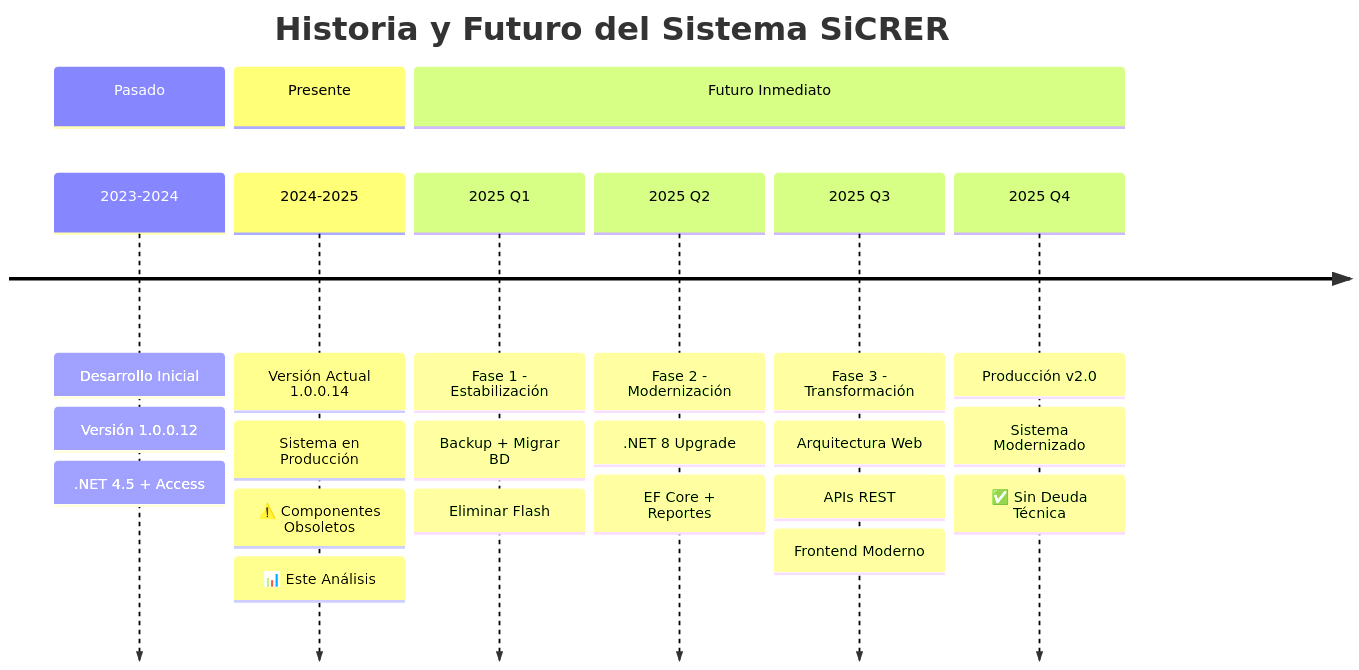
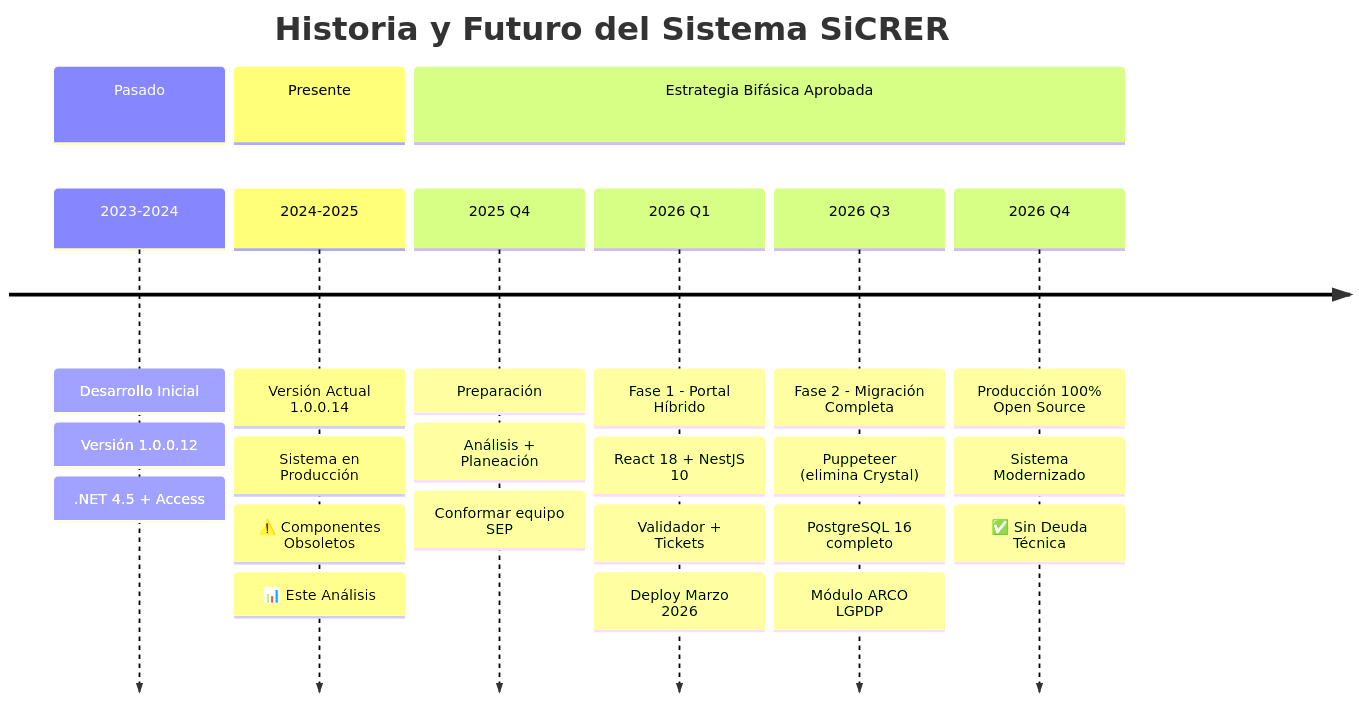
Before and after one commit to dleonsystem/sep_evaluacion_diagnostica: diagram 17 of 19 in DASHBOARD_VISUAL.md, drawn with Mermaid. The commit also changed other lines of this file and 6 other files, not shown here.

````diff
--- a/DASHBOARD_VISUAL.md
+++ b/DASHBOARD_VISUAL.md
@@ -567,33 +567,34 @@
 ```mermaid
 timeline
     title Historia y Futuro del Sistema SiCRER
     
     section Pasado
         2023-2024 : Desarrollo Inicial
                   : Versión 1.0.0.12
                   : .NET 4.5 + Access
     
     section Presente
         2024-2025 : Versión Actual 1.0.0.14
                   : Sistema en Producción
                   : ⚠️ Componentes Obsoletos
                   : 📊 Este Análisis
     
-    section Futuro Inmediato
-        2025 Q1 : Fase 1 - Estabilización
-                : Backup + Migrar BD
-                : Eliminar Flash
+    section Estrategia Bifásica Aprobada
+        2025 Q4 : Preparación
+                : Análisis + Planeación
+                : Conformar equipo SEP
         
-        2025 Q2 : Fase 2 - Modernización
-                : .NET 8 Upgrade
-                : EF Core + Reportes
+        2026 Q1 : Fase 1 - Portal Híbrido
+                : React 18 + NestJS 10
+                : Validador + Tickets
+                : Deploy Marzo 2026
         
-        2025 Q3 : Fase 3 - Transformación
-                : Arquitectura Web
-                : APIs REST
-                : Frontend Moderno
+        2026 Q3 : Fase 2 - Migración Completa
+                : Puppeteer (elimina Crystal)
+                : PostgreSQL 16 completo
+                : Módulo ARCO LGPDP
         
-        2025 Q4 : Producción v2.0
+        2026 Q4 : Producción 100% Open Source
                 : Sistema Modernizado
                 : ✅ Sin Deuda Técnica
 ```
````
